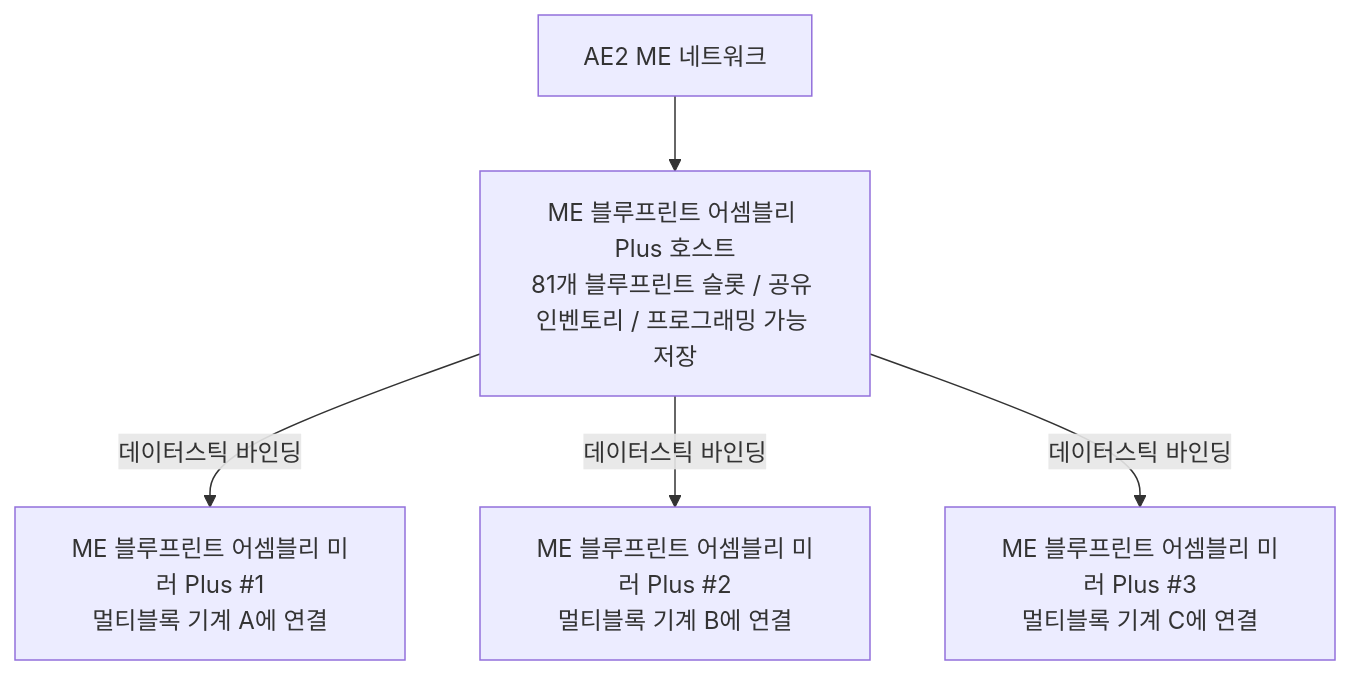
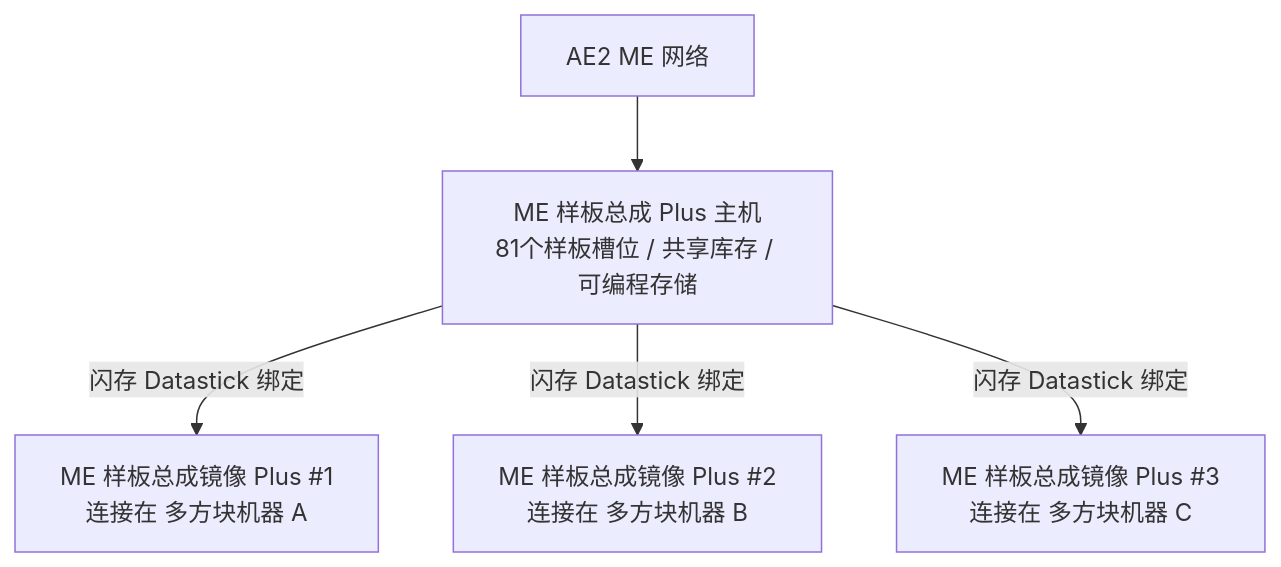
One commit to takanashisatou/GregtechEasy changed the diagram in docs/ko/gtecore/ae2-integration.md. Above: the diagram before and after it, drawn with Mermaid. The commit also changed other lines of this file and 144 other files, not shown here.

````diff
--- a/docs/ko/gtecore/ae2-integration.md
+++ b/docs/ko/gtecore/ae2-integration.md
@@ -13,7 +13,7 @@
 ```mermaid
 graph TD
-    A[AE2 ME 네트워크] --> B[ME 블루프린트 어셈블리 Plus 호스트<br/>81개 블루프린트 슬롯 / 공유 인벤토리 / 프로그래밍 가능 저장]
-    B -->|데이터스틱 바인딩| C[ME 블루프린트 어셈블리 미러 Plus #1<br/>멀티블록 기계 A에 연결]
-    B -->|데이터스틱 바인딩| D[ME 블루프린트 어셈블리 미러 Plus #2<br/>멀티블록 기계 B에 연결]
-    B -->|데이터스틱 바인딩| E[ME 블루프린트 어셈블리 미러 Plus #3<br/>멀티블록 기계 C에 연결]
+    A[AE2 ME 网络] --> B[ME 样板总成 Plus 主机<br/>81个样板槽位 / 共享库存 / 可编程存储]
+    B -->|闪存 Datastick 绑定| C[ME 样板总成镜像 Plus #1<br/>连接在 多方块机器 A]
+    B -->|闪存 Datastick 绑定| D[ME 样板总成镜像 Plus #2<br/>连接在 多方块机器 B]
+    B -->|闪存 Datastick 绑定| E[ME 样板总成镜像 Plus #3<br/>连接在 多方块机器 C]
 ```
````
